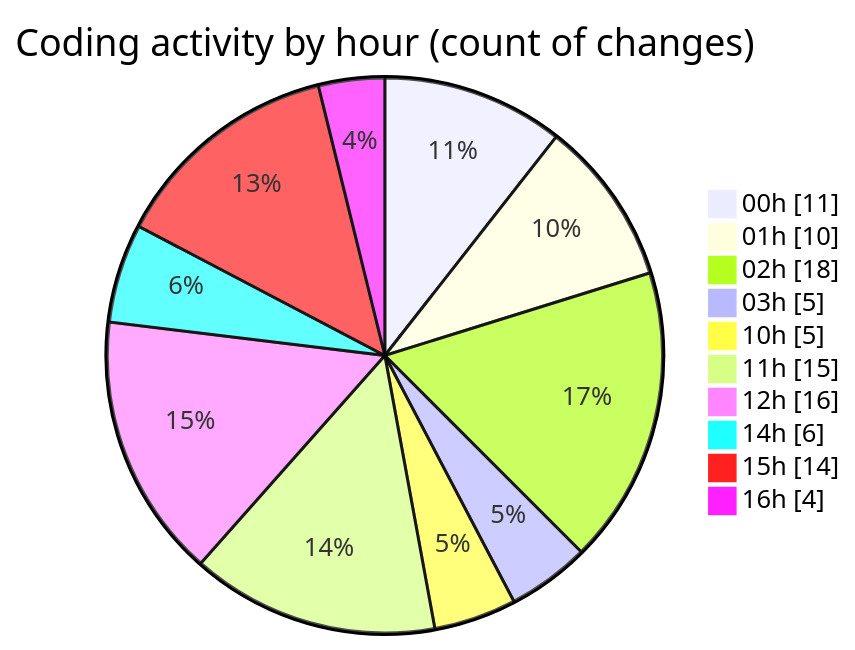
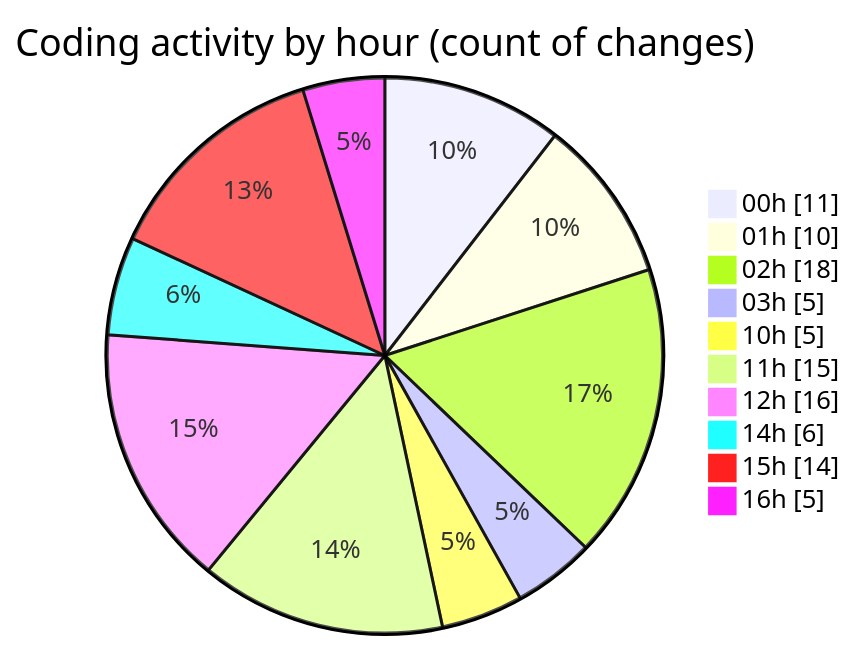
The second of 2 diagrams in 2025-11-02/cdp_aleoudev_fr__workspace_/README.md (julien-gomy/code-tracking), drawn with Mermaid before and after one commit. The commit also changed other lines of this file and 1 other file, not shown here.

````diff
--- a/2025-11-02/cdp_aleoudev_fr__workspace_/README.md
+++ b/2025-11-02/cdp_aleoudev_fr__workspace_/README.md
@@ -38,14 +39,14 @@
 ```mermaid
 pie showData
 title Coding activity by hour (count of changes)
 "00h" : 11
 "01h" : 10
 "02h" : 18
 "03h" : 5
 "10h" : 5
 "11h" : 15
 "12h" : 16
 "14h" : 6
 "15h" : 14
-"16h" : 4
+"16h" : 5
 ```
````
